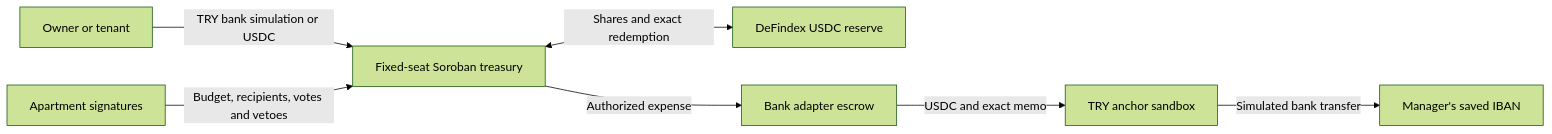
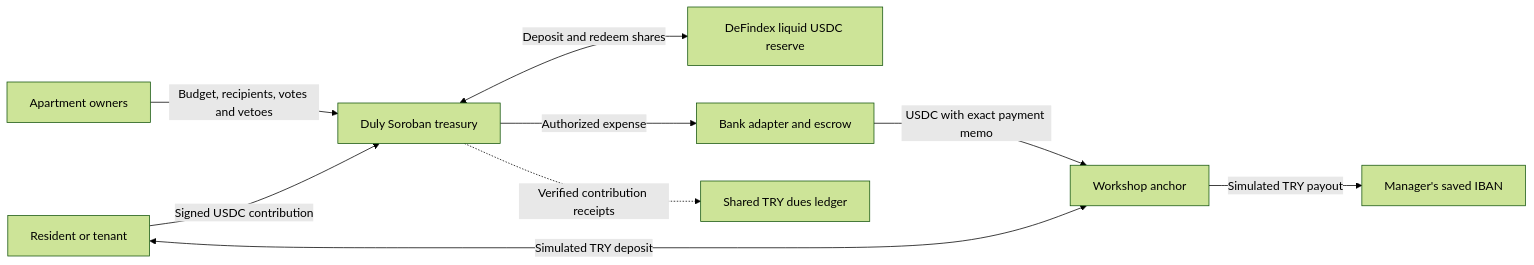
Before and after one commit to mryavascann/aidat: the diagram in README.md, drawn with Mermaid (forest theme). The commit also changed other lines of this file and 2 other files, not shown here.

````diff
--- a/README.md
+++ b/README.md
@@ -40,9 +43,11 @@
 ```mermaid
 flowchart LR
-  Resident[Owner or tenant] -->|TRY bank simulation or USDC| Treasury[Fixed-seat Soroban treasury]
-  Treasury <-->|Shares and exact redemption| Reserve[DeFindex USDC reserve]
-  Owners[Apartment signatures] -->|Budget, recipients, votes and vetoes| Treasury
-  Treasury -->|Authorized expense| Bridge[Bank adapter escrow]
-  Bridge -->|USDC and exact memo| Anchor[TRY anchor sandbox]
-  Anchor -->|Simulated bank transfer| IBAN[Manager's saved IBAN]
+  R[Resident or tenant] -->|Signed USDC contribution| T[Duly Soroban treasury]
+  R <-->|Simulated TRY deposit| A[Workshop anchor]
+  O[Apartment owners] -->|Budget, recipients, votes and vetoes| T
+  T <-->|Deposit and redeem shares| V[DeFindex liquid USDC reserve]
+  T -->|Authorized expense| B[Bank adapter and escrow]
+  B -->|USDC with exact payment memo| A
+  A -->|Simulated TRY payout| I[Manager's saved IBAN]
+  T -.->|Verified contribution receipts| D[Shared TRY dues ledger]
 ```
````
